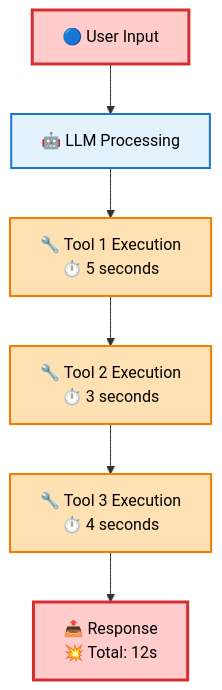
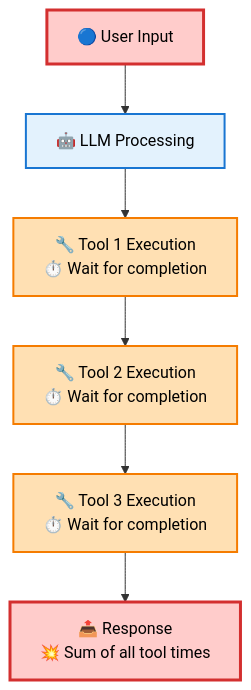
The second of 6 diagrams in README.md (CodingButter/advanced-mcp-client), drawn with Mermaid before and after one commit. The commit also changed other lines of this file, not shown here.

````diff
--- a/README.md
+++ b/README.md
@@ -169,15 +169,15 @@
 ```mermaid
 graph TD
     A1[🔵 User Input] --> B1[🤖 LLM Processing]
-    B1 --> C1[🔧 Tool 1 Execution<br/>⏱️ 5 seconds]
-    C1 --> D1[🔧 Tool 2 Execution<br/>⏱️ 3 seconds]
-    D1 --> E1[🔧 Tool 3 Execution<br/>⏱️ 4 seconds]
-    E1 --> F1[📤 Response<br/>💥 Total: 12s]
+    B1 --> C1[🔧 Tool 1 Execution<br/>⏱️ Wait for completion]
+    C1 --> D1[🔧 Tool 2 Execution<br/>⏱️ Wait for completion]
+    D1 --> E1[🔧 Tool 3 Execution<br/>⏱️ Wait for completion]
+    E1 --> F1[📤 Response<br/>💥 Sum of all tool times]
     
     style A1 fill:#ffcccb,stroke:#d32f2f,stroke-width:3px,color:#000
     style F1 fill:#ffcccb,stroke:#d32f2f,stroke-width:3px,color:#000
     style C1 fill:#ffe0b3,stroke:#f57c00,stroke-width:2px,color:#000
     style D1 fill:#ffe0b3,stroke:#f57c00,stroke-width:2px,color:#000
     style E1 fill:#ffe0b3,stroke:#f57c00,stroke-width:2px,color:#000
     style B1 fill:#e3f2fd,stroke:#1976d2,stroke-width:2px,color:#000
 ```
````
